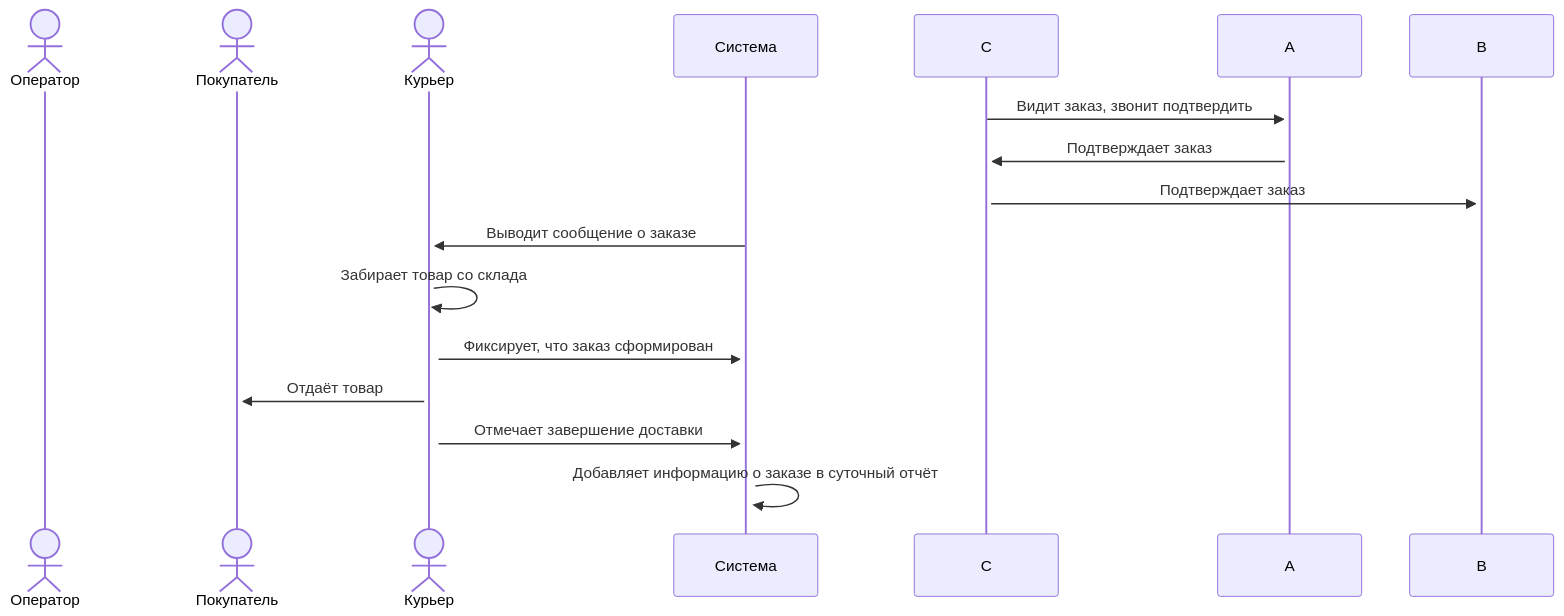
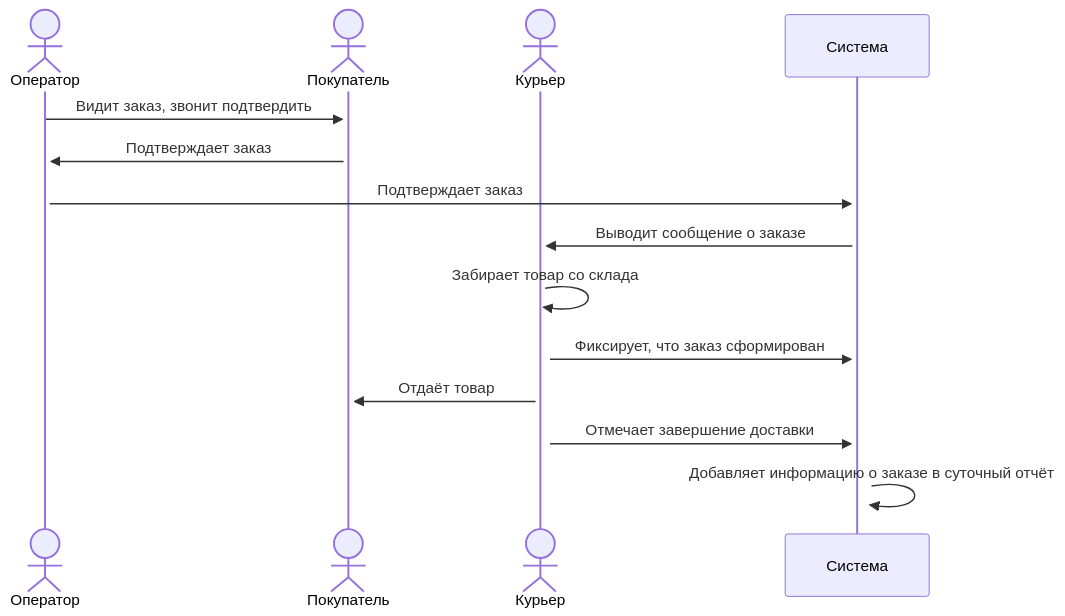
The third of 3 diagrams in Задание - Авария/Описание решения.md (mr-karpets/Portfolio), drawn with Mermaid before and after one commit. The commit also changed other lines of this file, not shown here.

````diff
--- a/Задание - Авария/Описание решения.md
+++ b/Задание - Авария/Описание решения.md
@@ -66,16 +69,16 @@
 ```mermaid
 sequenceDiagram
     actor C as Оператор
     actor A as Покупатель
     actor D as Курьер
     participant B as Система
-    С->>+А: Видит заказ, звонит подтвердить
-    А->>+С: Подтверждает заказ
-    С->>+В: Подтверждает заказ
+    C->>+A: Видит заказ, звонит подтвердить
+    A->>+C: Подтверждает заказ
+    C->>+B: Подтверждает заказ
     B->>+D: Выводит сообщение о заказе
     D->>+D: Забирает товар со склада
     D->>+B: Фиксирует, что заказ сформирован
     D->>+A: Отдаёт товар
     D->>+B: Отмечает завершение доставки
     B->>+B: Добавляет информацию о заказе в суточный отчёт
 ```
````
